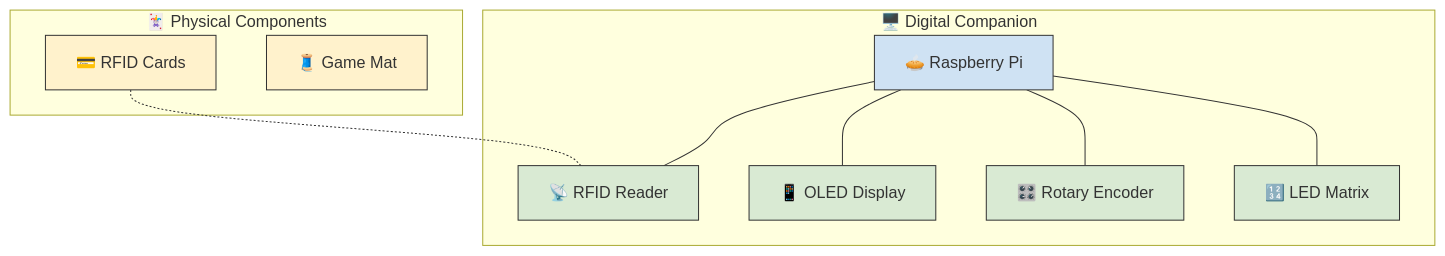
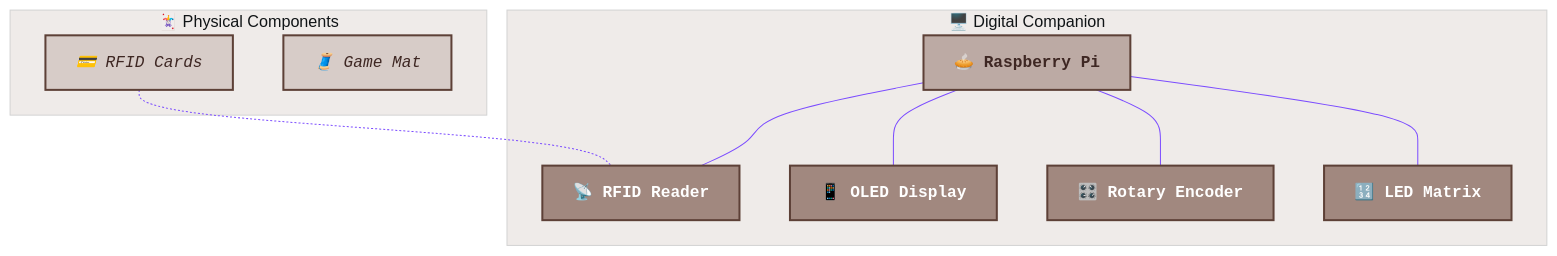
Before and after one commit to declanshanaghy/gwent: the first of 9 diagrams in README.md, drawn with Mermaid. The commit also changed other lines of this file and 6 other files, not shown here.

First line of the commit message:
Add mermaid style guide and apply to all diagrams

````diff
--- a/README.md
+++ b/README.md
@@ -9,26 +9,40 @@
 ```mermaid
+%%{init: {
+  'theme': 'base',
+  'themeVariables': {
+    'primaryColor': '#6d1a36',
+    'primaryTextColor': '#fff',
+    'primaryBorderColor': '#7C4DFF',
+    'lineColor': '#7C4DFF',
+    'secondaryColor': '#D7CCC8',
+    'tertiaryColor': '#EFEBE9',
+    'fontFamily': 'Courier New',
+    'fontSize': '16px'
+  }
+}}%%
+
 graph TD
-    classDef hardware fill:#d9ead3,stroke:#333,stroke-width:1px
-    classDef cards fill:#fff2cc,stroke:#333,stroke-width:1px
-    classDef digital fill:#cfe2f3,stroke:#333,stroke-width:1px
+    classDef hardware fill:#A1887F,stroke:#5D4037,stroke-width:2px,color:#fff,font-family:'Courier New',font-weight:bold
+    classDef cards fill:#D7CCC8,stroke:#5D4037,stroke-width:2px,color:#3E2723,font-family:'Courier New',font-style:italic
+    classDef digital fill:#BCAAA4,stroke:#5D4037,stroke-width:2px,color:#3E2723,font-family:'Courier New',font-weight:bold
     
     subgraph companion["🖥️ Digital Companion"]
         rpi["🥧 Raspberry Pi"]:::digital
         rfid["📡 RFID Reader"]:::hardware
         display["📱 OLED Display"]:::hardware
         rotary["🎛️ Rotary Encoder"]:::hardware
         matrix["🔢 LED Matrix"]:::hardware
         
         rpi --- rfid
         rpi --- display
         rpi --- rotary
         rpi --- matrix
     end
     
     subgraph physical["🃏 Physical Components"]
         cards["💳 RFID Cards"]:::cards
         mat["🧵 Game Mat"]:::cards
     end
     
     cards -.- rfid
 ```
````
